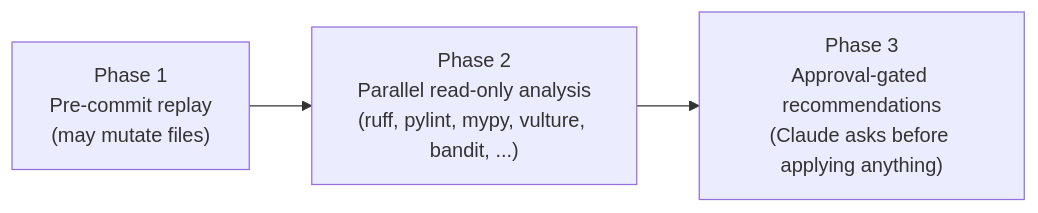
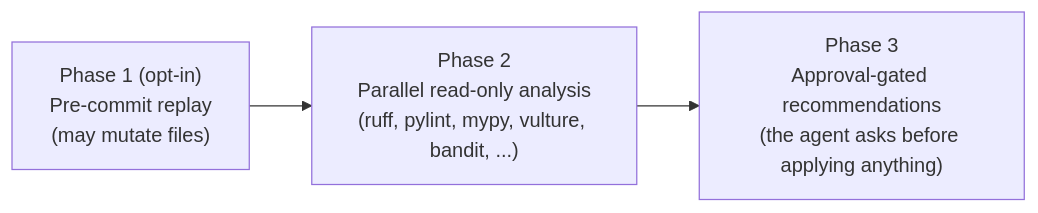
One commit to lucas-lima-s/claude-skill-polylint changed the diagram in README.md. Above: the diagram before and after it, drawn with Mermaid. The commit also changed other lines of this file and 6 other files, not shown here.

First line of the commit message:
fix: replay pre-commit hooks only with --precommit and warn about remote hooks

````diff
--- a/README.md
+++ b/README.md
@@ -38,5 +38,5 @@
 ```mermaid
 flowchart LR
-    A["Phase 1\nPre-commit replay\n(may mutate files)"] --> B["Phase 2\nParallel read-only analysis\n(ruff, pylint, mypy, vulture, bandit, ...)"]
-    B --> C["Phase 3\nApproval-gated recommendations\n(Claude asks before applying anything)"]
+    A["Phase 1 (opt-in)\nPre-commit replay\n(may mutate files)"] --> B["Phase 2\nParallel read-only analysis\n(ruff, pylint, mypy, vulture, bandit, ...)"]
+    B --> C["Phase 3\nApproval-gated recommendations\n(the agent asks before applying anything)"]
 ```
````
